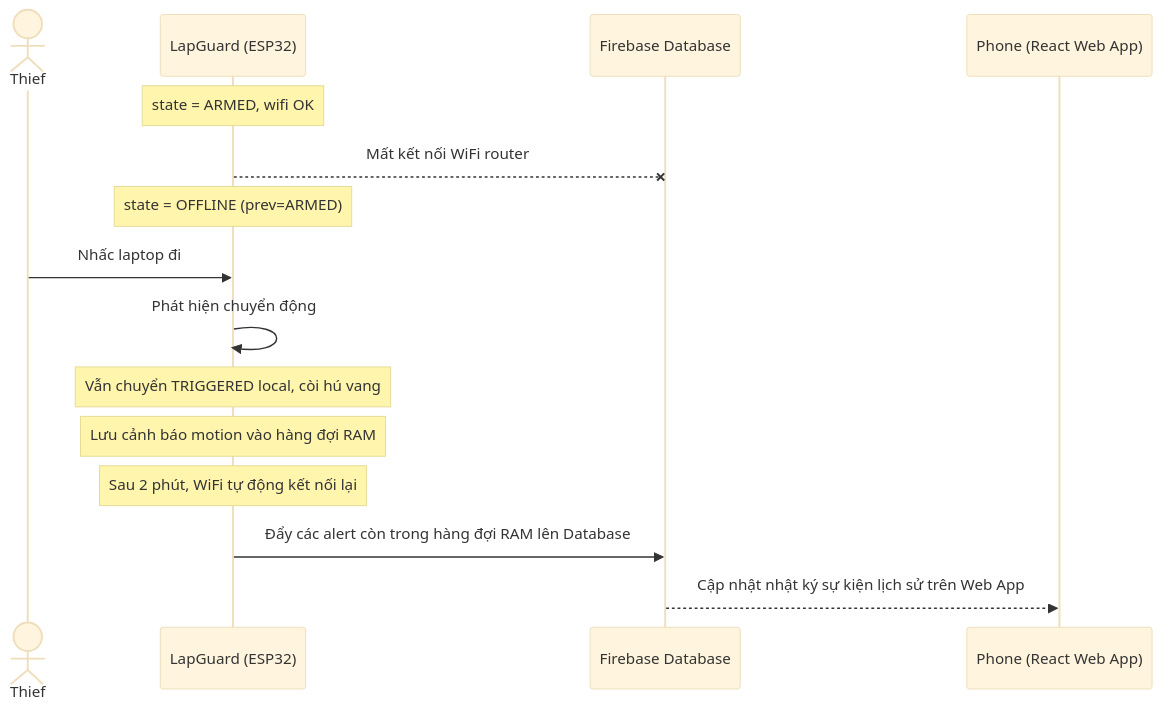
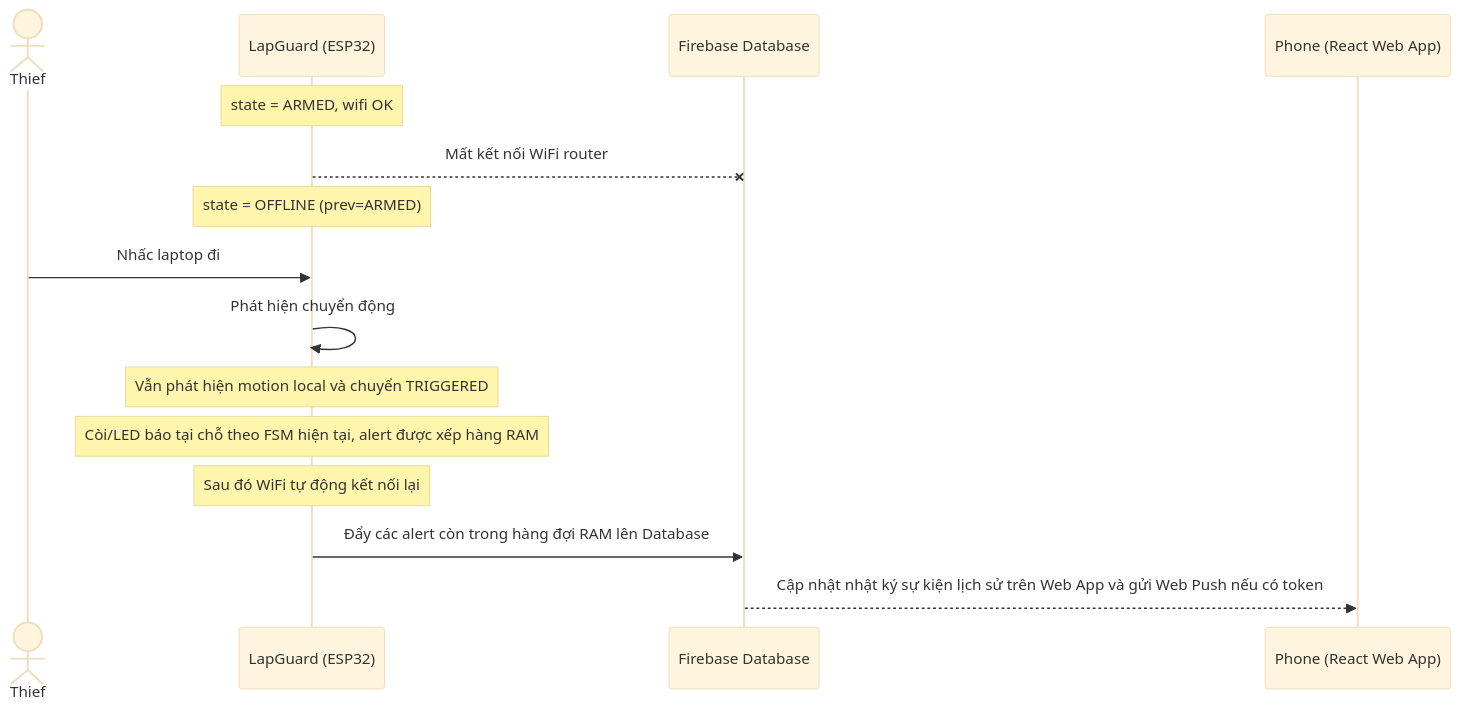
The fifth of 5 diagrams in docs/03-system-architecture.md (NHP234/AIoT), drawn with Mermaid (base theme) before and after one commit. The commit also changed other lines of this file, not shown here.

Commit message:
update system architecture

````diff
--- a/docs/03-system-architecture.md
+++ b/docs/03-system-architecture.md
@@ -319,18 +366,18 @@
 ```mermaid
 sequenceDiagram
     actor T as Thief
     participant L as LapGuard (ESP32)
     participant FB as Firebase Database
     participant P as Phone (React Web App)
 
     Note over L: state = ARMED, wifi OK
     L--xFB: Mất kết nối WiFi router
     Note over L: state = OFFLINE (prev=ARMED)
     T->>L: Nhấc laptop đi
     L->>L: Phát hiện chuyển động
-    Note over L: Vẫn chuyển TRIGGERED local, còi hú vang
-    Note over L: Lưu cảnh báo motion vào hàng đợi RAM
-    Note over L: Sau 2 phút, WiFi tự động kết nối lại
+    Note over L: Vẫn phát hiện motion local và chuyển TRIGGERED
+    Note over L: Còi/LED báo tại chỗ theo FSM hiện tại, alert được xếp hàng RAM
+    Note over L: Sau đó WiFi tự động kết nối lại
     L->>FB: Đẩy các alert còn trong hàng đợi RAM lên Database
-    FB-->>P: Cập nhật nhật ký sự kiện lịch sử trên Web App
+    FB-->>P: Cập nhật nhật ký sự kiện lịch sử trên Web App và gửi Web Push nếu có token
 ```
````
